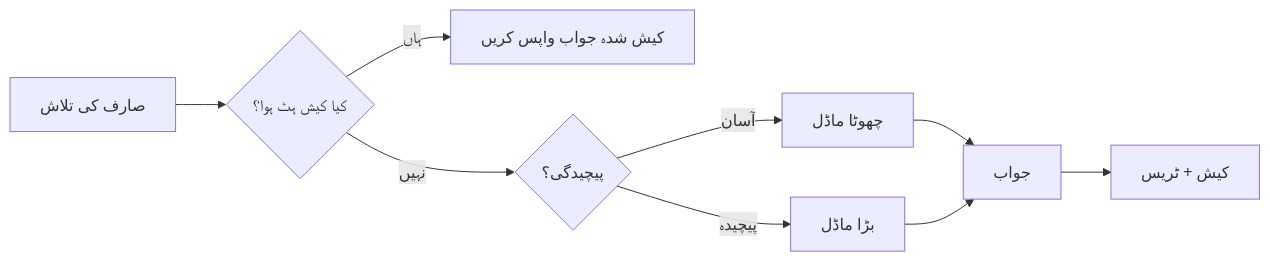
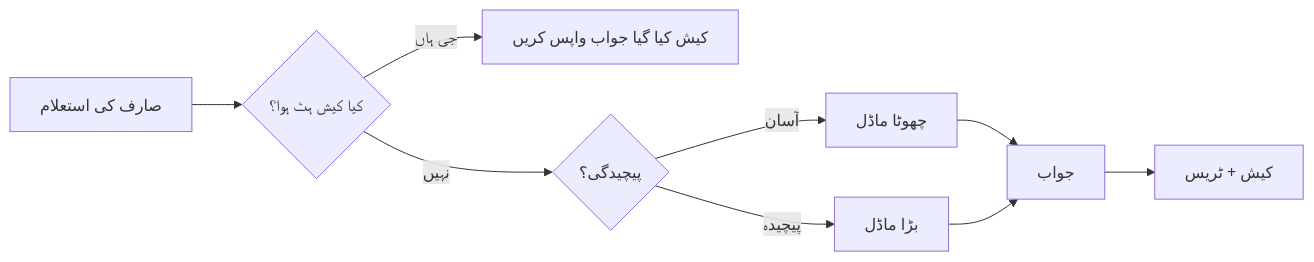
The third of 4 diagrams in mirrors/repos/microsoft@ai-agents-for-beginners/translations/ur/16-deploying-scalable-agents/README.md (gabrielmoreira/agent-skills-mirror), drawn with Mermaid before and after one commit. The commit also changed other lines of this file and 3581 other files, not shown here.

````diff
--- a/mirrors/repos/microsoft@ai-agents-for-beginners/translations/ur/16-deploying-scalable-agents/README.md
+++ b/mirrors/repos/microsoft@ai-agents-for-beginners/translations/ur/16-deploying-scalable-agents/README.md
@@ -134,11 +134,11 @@
 ```mermaid
 flowchart LR
-    Q[صارف کی تلاش] --> C{کیا کیش ہٹ ہوا؟}
-    C -->|ہاں| R[کیش شدہ جواب واپس کریں]
+    Q[صارف کی استعلام] --> C{کیا کیش ہٹ ہوا؟}
+    C -->|جی ہاں| R[کیش کیا گیا جواب واپس کریں]
     C -->|نہیں| Router{پیچیدگی؟}
     Router -->|آسان| SLM[چھوٹا ماڈل]
     Router -->|پیچیدہ| LLM[بڑا ماڈل]
     SLM --> Out[جواب]
     LLM --> Out
     Out --> Store[کیش + ٹریس]
 ```
````
